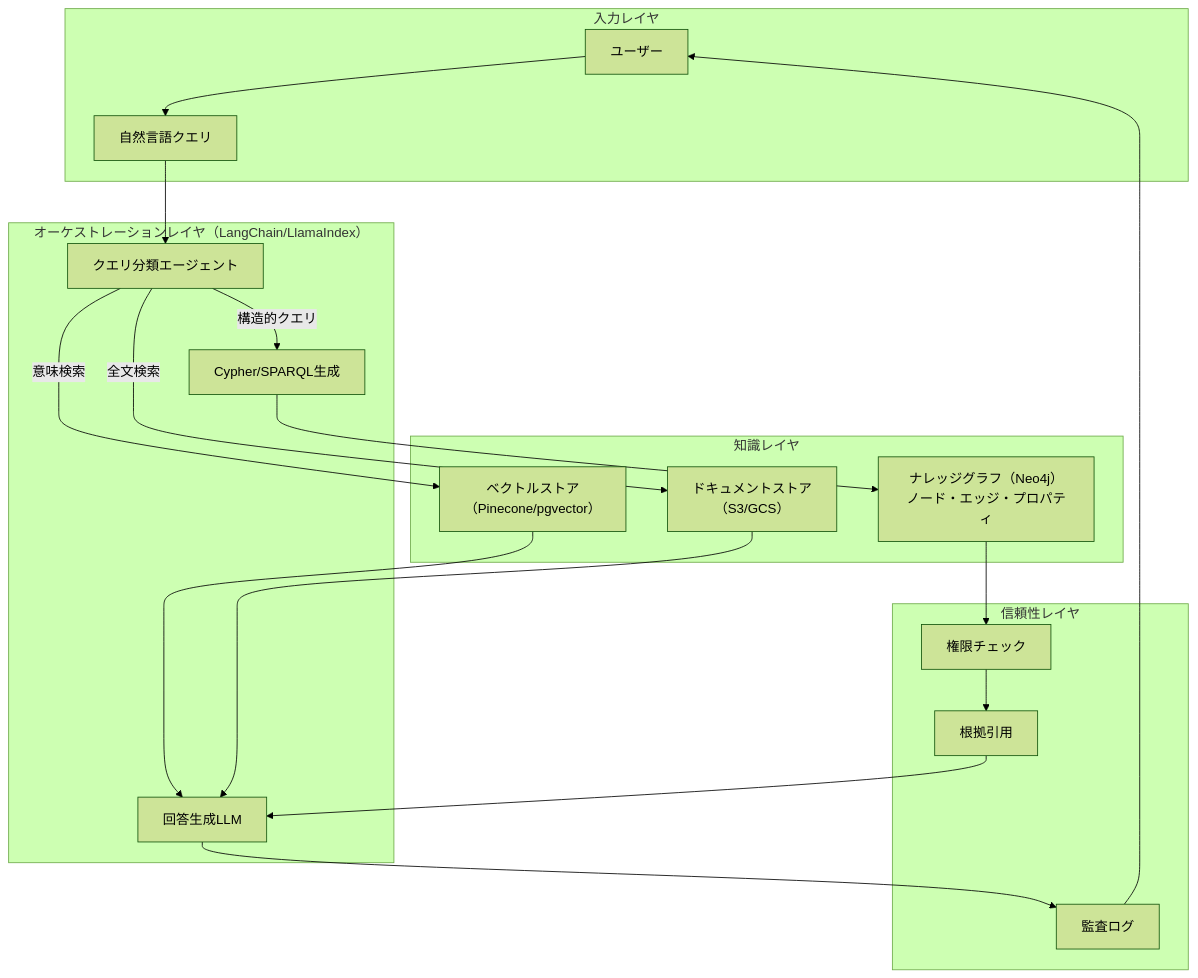
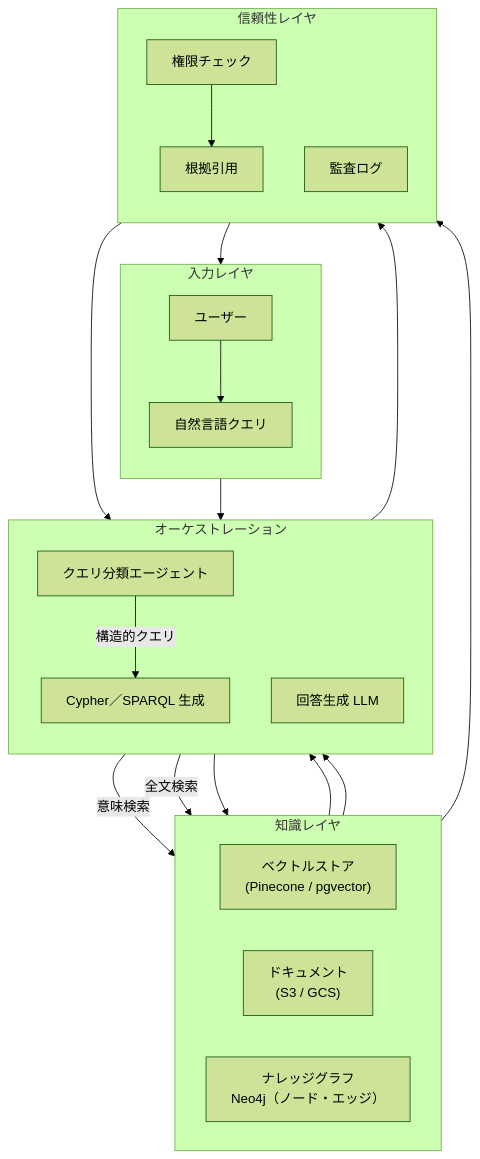
Before and after one commit to DevRev-JP/tech-blog: the third of 3 diagrams in books/knowledge-graph-llm-guide/introduction.md, drawn with Mermaid (forest theme). The commit also changed other lines of this file and 3 other files, not shown here.

Commit message:
Update knowledge-graph-llm-guide: Mermaid図の文字重なりを解消するレイアウト調整 (#17)

````diff
--- a/books/knowledge-graph-llm-guide/introduction.md
+++ b/books/knowledge-graph-llm-guide/introduction.md
@@ -198,41 +198,46 @@
 ```mermaid
 flowchart TB
     subgraph INPUT["入力レイヤ"]
+        direction TB
         U[ユーザー]
         Q[自然言語クエリ]
+        U --> Q
     end
 
-    subgraph ORCHESTRATION["オーケストレーションレイヤ（LangChain/LlamaIndex）"]
-        LLM_ROUTER[クエリ分類エージェント]
-        QUERY_GEN[Cypher/SPARQL生成]
-        ANSWER_GEN[回答生成LLM]
+    subgraph ORCH["オーケストレーション"]
+        direction TB
+        LLM_ROUTER["クエリ分類エージェント"]
+        QUERY_GEN["Cypher／SPARQL 生成"]
+        ANSWER_GEN["回答生成 LLM"]
     end
 
-    subgraph KNOWLEDGE["知識レイヤ"]
-        KG["ナレッジグラフ（Neo4j）<br/>ノード・エッジ・プロパティ"]
-        VECTOR["ベクトルストア<br/>（Pinecone/pgvector）"]
-        DOCS["ドキュメントストア<br/>（S3/GCS）"]
+    subgraph KNOW["知識レイヤ"]
+        direction LR
+        VECTOR["ベクトルストア<br/>(Pinecone / pgvector)"]
+        DOCS["ドキュメント<br/>(S3 / GCS)"]
+        KG["ナレッジグラフ<br/>Neo4j（ノード・エッジ）"]
     end
 
     subgraph GUARD["信頼性レイヤ"]
+        direction TB
         PERM[権限チェック]
         CITE[根拠引用]
         AUDIT[監査ログ]
+        PERM --> CITE
     end
 
-    U --> Q
     Q --> LLM_ROUTER
 
     LLM_ROUTER -->|構造的クエリ| QUERY_GEN
     LLM_ROUTER -->|意味検索| VECTOR
     LLM_ROUTER -->|全文検索| DOCS
 
     QUERY_GEN --> KG
     KG --> PERM
-    PERM --> CITE
+
     VECTOR --> ANSWER_GEN
     DOCS --> ANSWER_GEN
     CITE --> ANSWER_GEN
     ANSWER_GEN --> AUDIT
     AUDIT --> U
 ```
````
